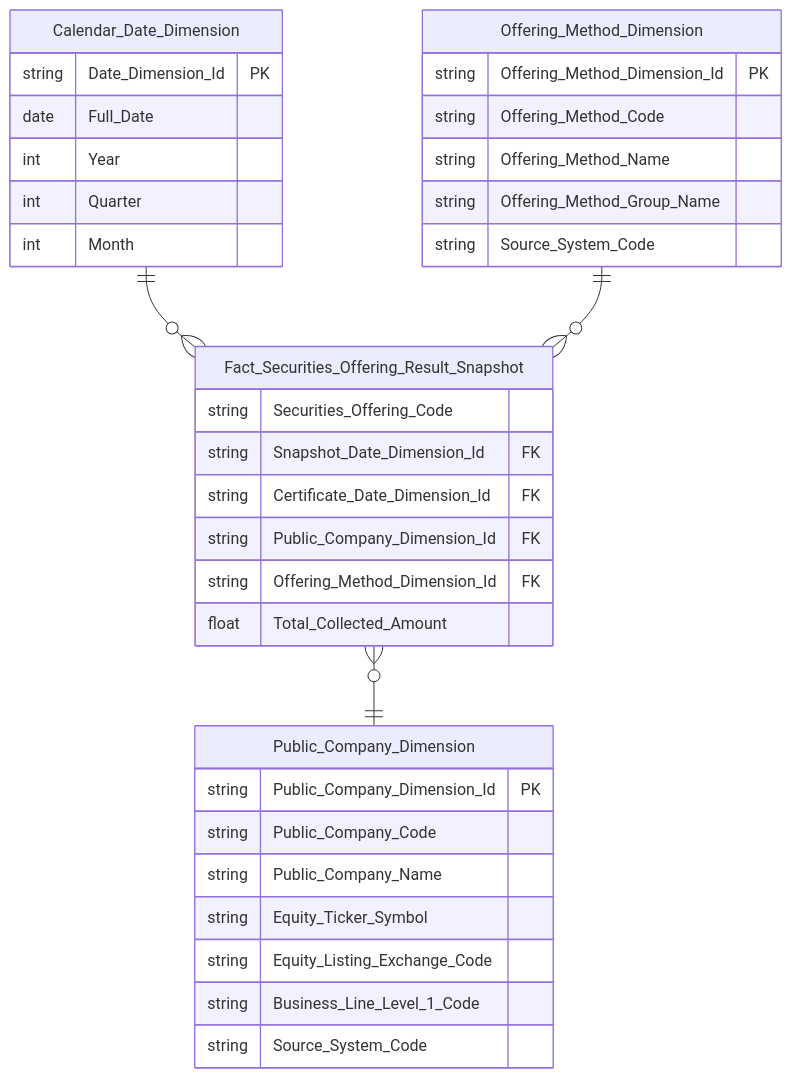
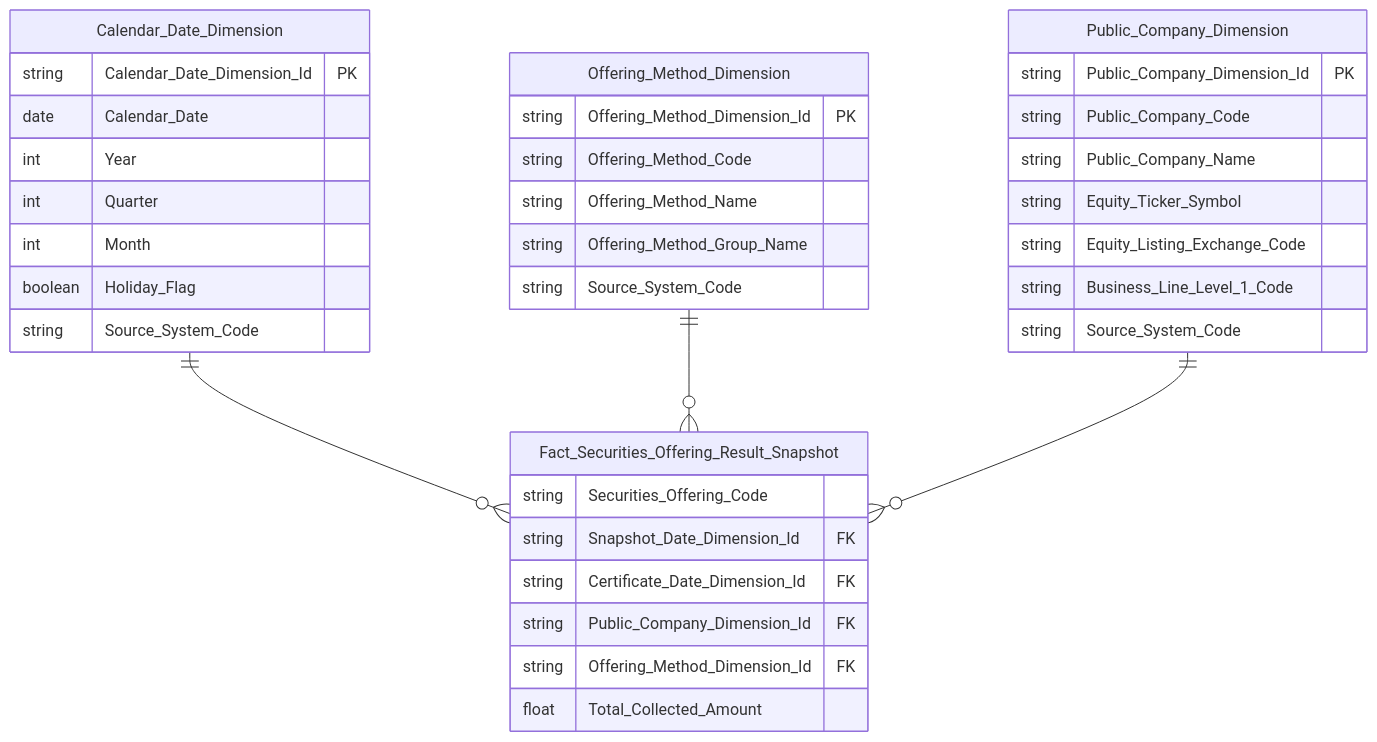
One commit to linhlvit/ubck_atomic_design changed the tenth of 22 diagrams in Datamart/hld/DTM_QLCB_HLD.md. Above: the diagram before and after it, drawn with Mermaid. The commit also changed other lines of this file and 13 other files, not shown here.

````diff
--- a/Datamart/hld/DTM_QLCB_HLD.md
+++ b/Datamart/hld/DTM_QLCB_HLD.md
@@ -509,38 +539,40 @@
 ```mermaid
 erDiagram
     Calendar_Date_Dimension {
-        string Date_Dimension_Id PK
-        date Full_Date
+        string Calendar_Date_Dimension_Id PK
+        date Calendar_Date
         int Year
         int Quarter
         int Month
+        boolean Holiday_Flag
+        string Source_System_Code
     }
     Offering_Method_Dimension {
         string Offering_Method_Dimension_Id PK
         string Offering_Method_Code
         string Offering_Method_Name
         string Offering_Method_Group_Name
         string Source_System_Code
     }
     Public_Company_Dimension {
         string Public_Company_Dimension_Id PK
         string Public_Company_Code
         string Public_Company_Name
         string Equity_Ticker_Symbol
         string Equity_Listing_Exchange_Code
         string Business_Line_Level_1_Code
         string Source_System_Code
     }
     Fact_Securities_Offering_Result_Snapshot {
         string Securities_Offering_Code
         string Snapshot_Date_Dimension_Id FK
         string Certificate_Date_Dimension_Id FK
         string Public_Company_Dimension_Id FK
         string Offering_Method_Dimension_Id FK
         float Total_Collected_Amount
     }
 
     Calendar_Date_Dimension ||--o{ Fact_Securities_Offering_Result_Snapshot : " "
     Offering_Method_Dimension ||--o{ Fact_Securities_Offering_Result_Snapshot : " "
-    Fact_Securities_Offering_Result_Snapshot }o--|| Public_Company_Dimension : " "
+    Public_Company_Dimension ||--o{ Fact_Securities_Offering_Result_Snapshot : " "
 ```
````
